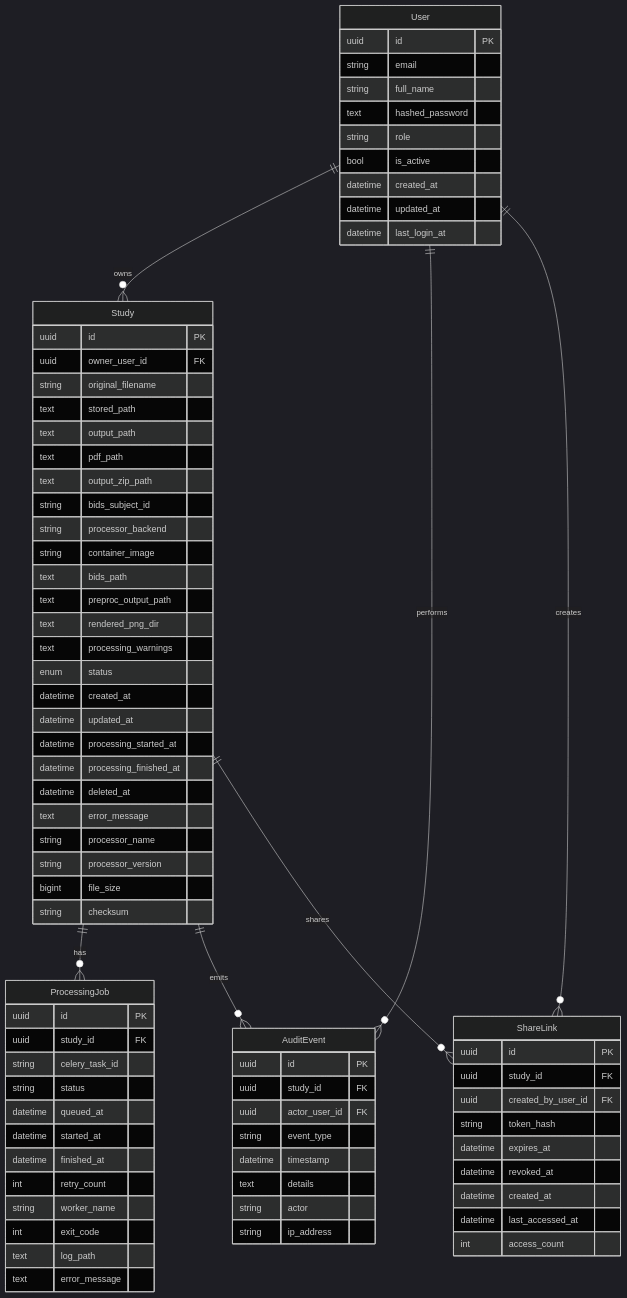
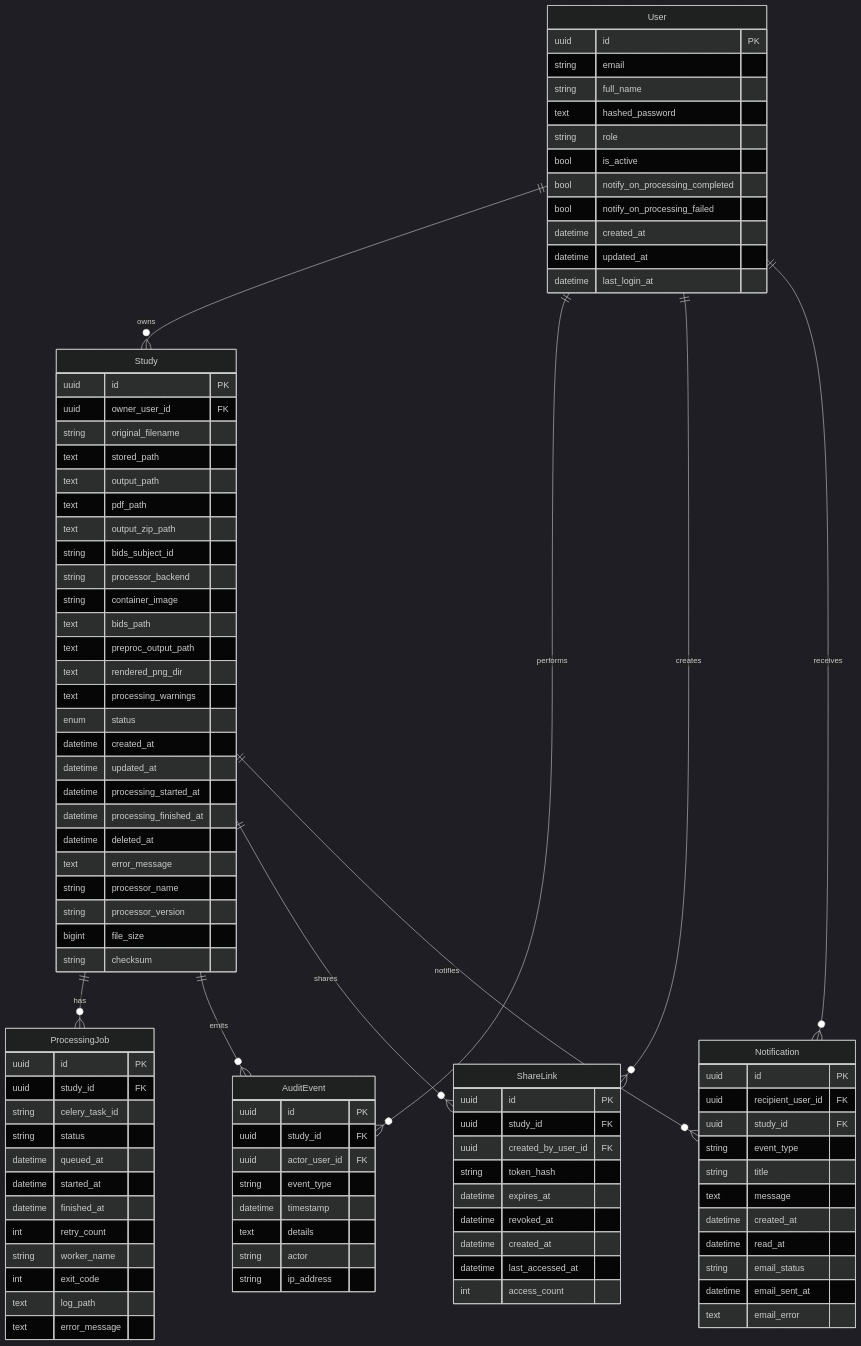
Before and after one commit to suhartx/neuroimagen-server-biocruces: the second of 4 diagrams in docs/architecture.md, drawn with Mermaid (dark theme). The commit also changed other lines of this file and 30 other files, not shown here.

````diff
--- a/docs/architecture.md
+++ b/docs/architecture.md
@@ -63,9 +66,11 @@
   User ||--o{ Study : owns
   User ||--o{ AuditEvent : performs
   User ||--o{ ShareLink : creates
+  User ||--o{ Notification : receives
   Study ||--o{ ProcessingJob : has
   Study ||--o{ AuditEvent : emits
   Study ||--o{ ShareLink : shares
+  Study ||--o{ Notification : notifies
   User {
     uuid id PK
     string email
@@ -73,6 +78,8 @@
     text hashed_password
     string role
     bool is_active
+    bool notify_on_processing_completed
+    bool notify_on_processing_failed
     datetime created_at
     datetime updated_at
     datetime last_login_at
@@ -139,4 +146,17 @@
     datetime last_accessed_at
     int access_count
   }
+  Notification {
+    uuid id PK
+    uuid recipient_user_id FK
+    uuid study_id FK
+    string event_type
+    string title
+    text message
+    datetime created_at
+    datetime read_at
+    string email_status
+    datetime email_sent_at
+    text email_error
+  }
 ```
````
